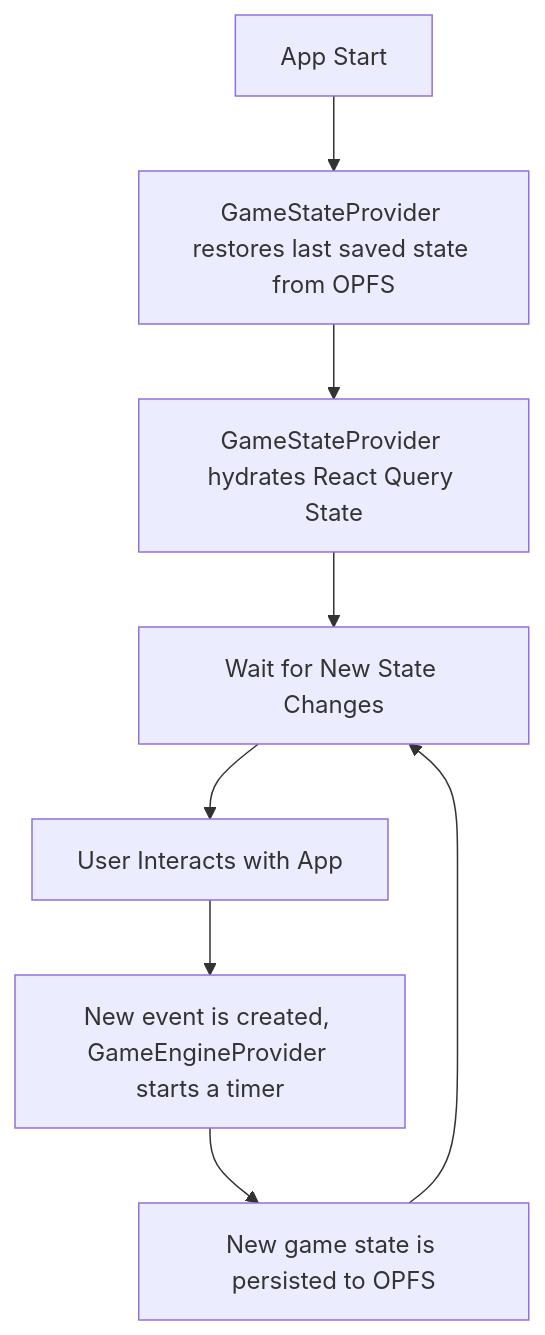
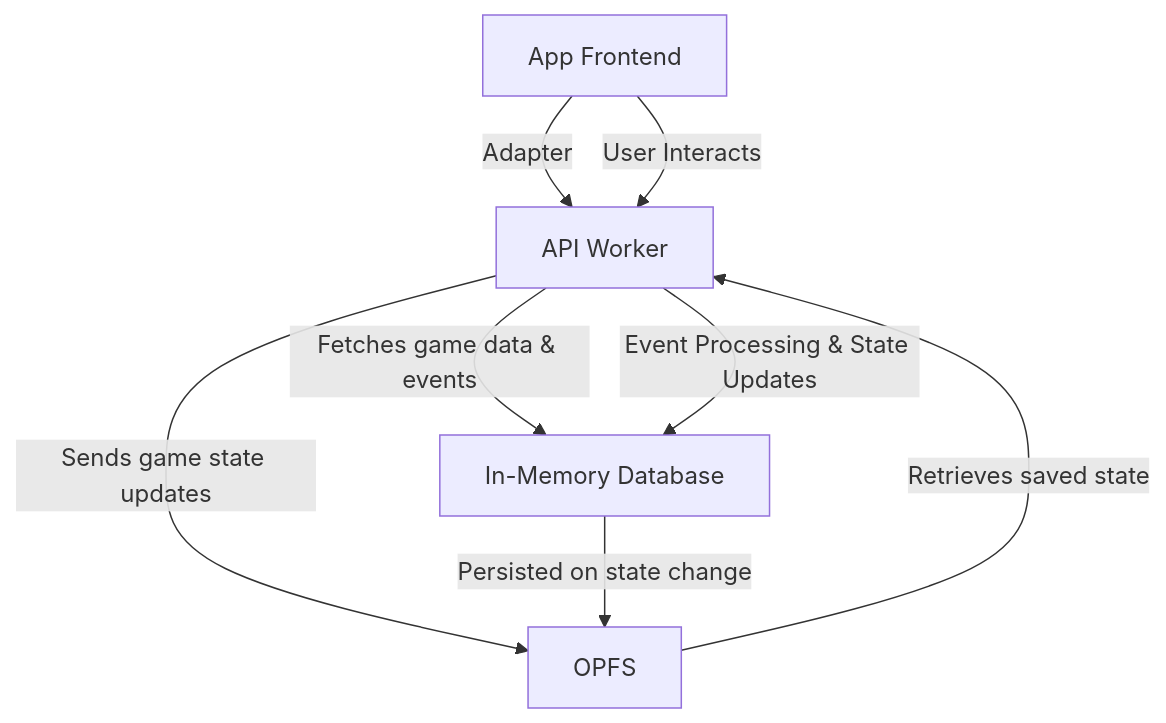
Before and after one commit to jurerotar/Pillage-First-Ask-Questions-Later: the diagram in docs/ARCHITECTURE.md, drawn with Mermaid. The commit also changed other lines of this file and 162 other files, not shown here.

Commit message:
feat: frontend-only client-server architecture (#62)

````diff
--- a/docs/ARCHITECTURE.md
+++ b/docs/ARCHITECTURE.md
@@ -85,10 +113,10 @@
 ```mermaid
 graph TD
-    A[App Start] --> B[GameStateProvider restores last saved state from OPFS]
-    B --> C[GameStateProvider hydrates React Query State]
-    C --> D[GameEngineProvider is mounted and resolves expired events]
-    D --> E[User Interacts with App]
-    E --> F[New event is created, GameEngineProvider starts a timer]
-    F --> G[New game state is persisted to OPFS]
-    G --> D[Wait for New State Changes]
+  A[App Frontend] -->|Adapter| B[API Worker]
+  B -->|Fetches game data & events| C[In-Memory Database]
+  B -->|Sends game state updates| D[OPFS]
+  C -->|Persisted on state change| D
+  D -->|Retrieves saved state| B
+  B -->|Event Processing & State Updates| C
+  A -->|User Interacts| B
 ```
````
